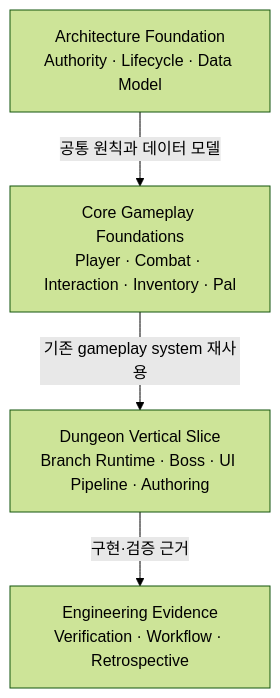
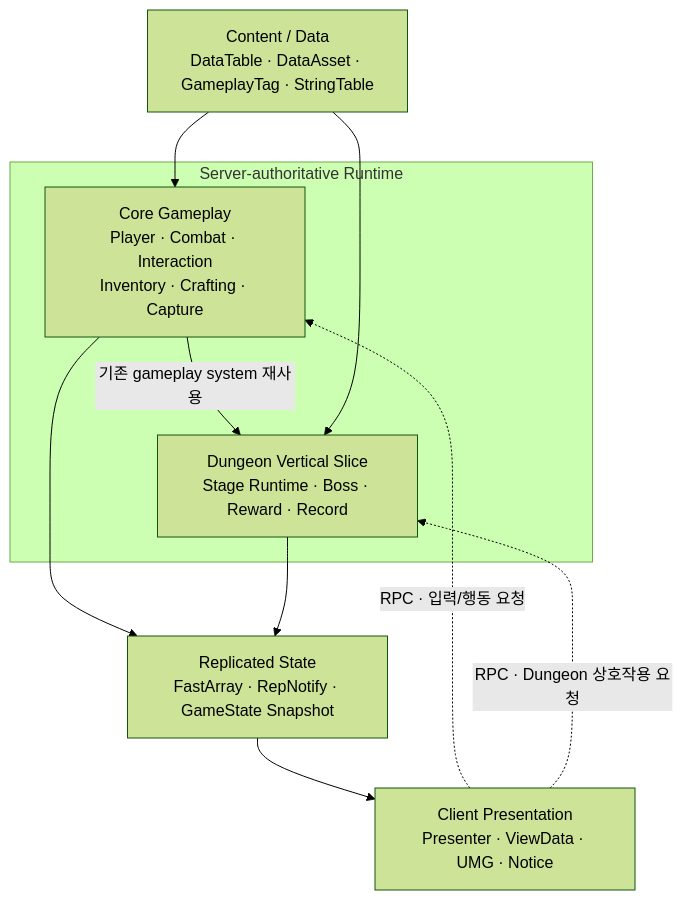
The diagram in Doc/Wiki/Home.md (chungheonLee0325/Sonheim), drawn with Mermaid (forest theme) before and after one commit. The commit also changed other lines of this file, not shown here.

Commit message:
docs: make home describe runtime architecture and systems directly

````diff
--- a/Doc/Wiki/Home.md
+++ b/Doc/Wiki/Home.md
@@ -14,11 +11,23 @@
 ```mermaid
 flowchart TB
-    A["Architecture Foundation<br/>Authority · Lifecycle · Data Model"]
-    B["Core Gameplay Foundations<br/>Player · Combat · Interaction · Inventory · Pal"]
-    C["Dungeon Vertical Slice<br/>Branch Runtime · Boss · UI Pipeline · Authoring"]
-    D["Engineering Evidence<br/>Verification · Workflow · Retrospective"]
+    DATA["Content / Data<br/>DataTable · DataAsset · GameplayTag · StringTable"]
 
-    A -->|"공통 원칙과 데이터 모델"| B
-    B -->|"기존 gameplay system 재사용"| C
-    C -->|"구현·검증 근거"| D
+    subgraph SERVER["Server-authoritative Runtime"]
+        CORE["Core Gameplay<br/>Player · Combat · Interaction<br/>Inventory · Crafting · Capture"]
+        DUNGEON["Dungeon Vertical Slice<br/>Stage Runtime · Boss · Reward · Record"]
+        CORE -->|"기존 gameplay system 재사용"| DUNGEON
+    end
+
+    STATE["Replicated State<br/>FastArray · RepNotify · GameState Snapshot"]
+    CLIENT["Client Presentation<br/>Presenter · ViewData · UMG · Notice"]
+
+    DATA --> CORE
+    DATA --> DUNGEON
+
+    CORE --> STATE
+    DUNGEON --> STATE
+    STATE --> CLIENT
+
+    CLIENT -. "RPC · 입력/행동 요청" .-> CORE
+    CLIENT -. "RPC · Dungeon 상호작용 요청" .-> DUNGEON
 ```
````
